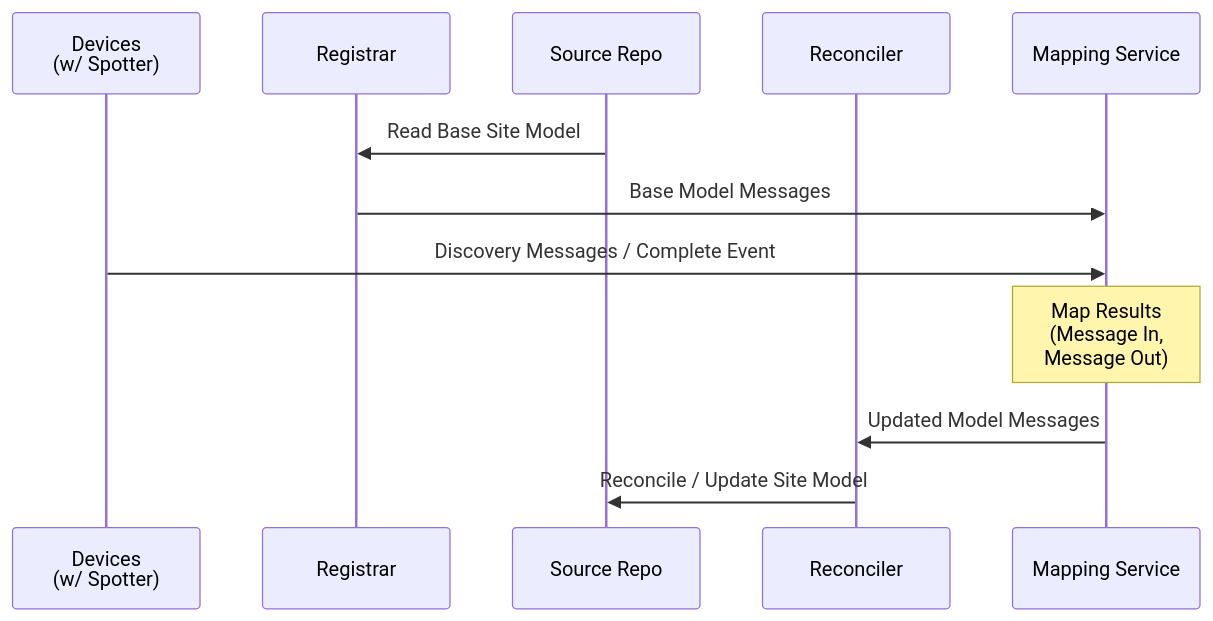
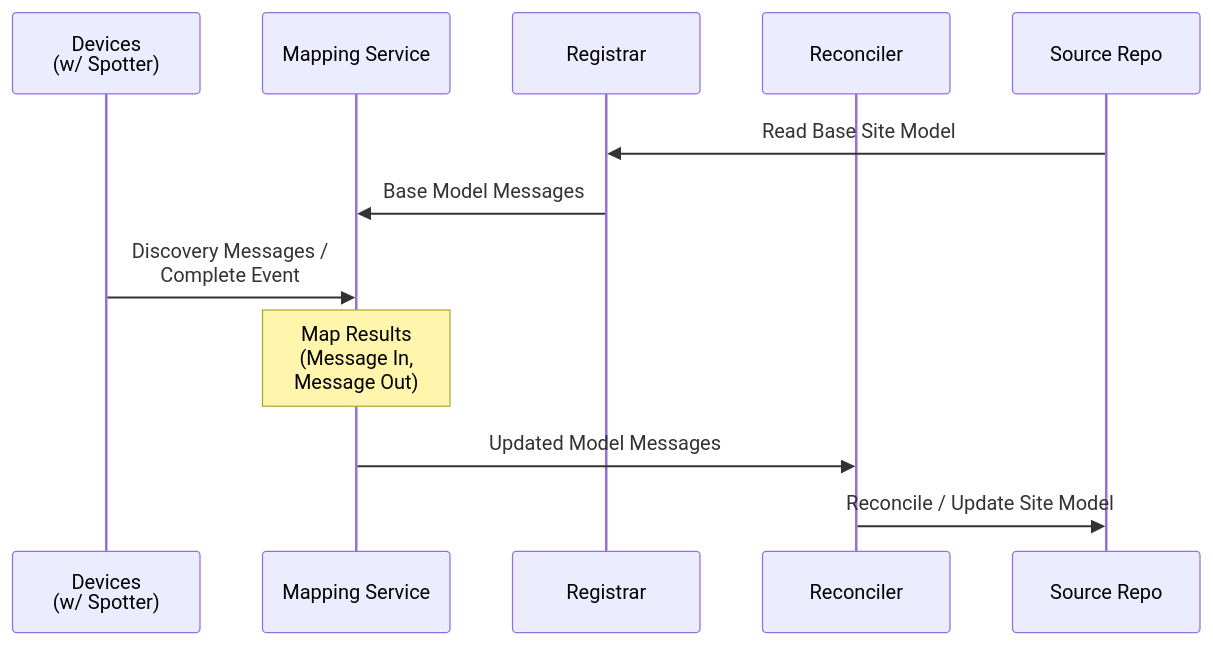
The first of 2 diagrams in docs/specs/mapping.md (faucetsdn/udmi), drawn with Mermaid before and after one commit. The commit also changed other lines of this file, not shown here.

````diff
--- a/docs/specs/mapping.md
+++ b/docs/specs/mapping.md
@@ -22,16 +22,16 @@
 ```mermaid
 sequenceDiagram
   %%{wrap}%%
   participant Devices as Devices<br/>(w/ Spotter)
+  participant Mapping Service
   participant Registrar
+  participant Reconciler
   participant Source Repo 
-  participant Reconciler
-  participant Mapping Service
   
   Source Repo->>Registrar: Read Base Site Model
   Registrar->>Mapping Service: Base Model Messages
   Devices->>Mapping Service: Discovery Messages / Complete Event
   Note over Mapping Service: Map Results (Message In, Message Out)
   Mapping Service->>Reconciler: Updated Model Messages
   Reconciler->>Source Repo: Reconcile / Update Site Model
 ```
````
